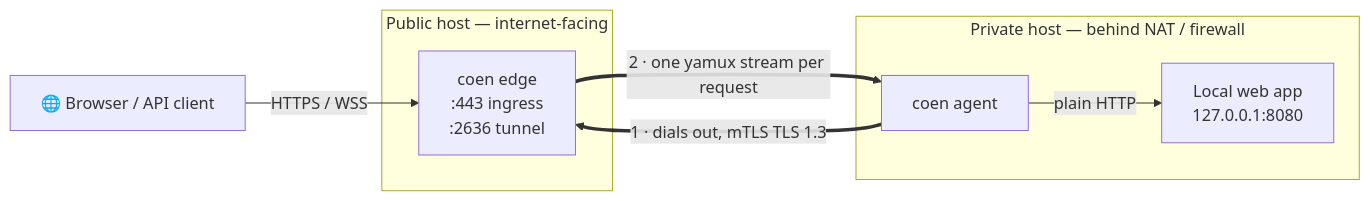
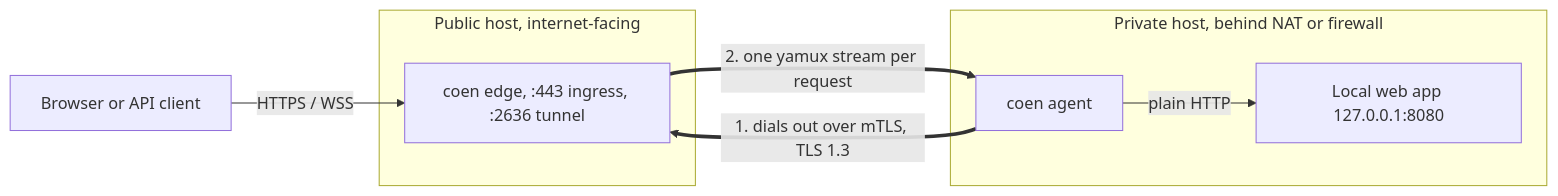
One commit to baspeters/coen changed the first of 4 diagrams in README.md. Above: the diagram before and after it, drawn with Mermaid. The commit also changed other lines of this file, not shown here.

````diff
--- a/README.md
+++ b/README.md
@@ -92,18 +83,18 @@
 ```mermaid
 flowchart LR
-    client["🌐 Browser / API client"]
+    client["Browser or API client"]
 
-    subgraph pub["Public host — internet-facing"]
-        edge["coen edge<br/>:443 ingress<br/>:2636 tunnel"]
+    subgraph pub["Public host, internet-facing"]
+        edge["coen edge, :443 ingress, :2636 tunnel"]
     end
 
-    subgraph priv["Private host — behind NAT / firewall"]
+    subgraph priv["Private host, behind NAT or firewall"]
         agent["coen agent"]
-        app["Local web app<br/>127.0.0.1:8080"]
+        app["Local web app 127.0.0.1:8080"]
     end
 
     client -->|"HTTPS / WSS"| edge
-    agent ==>|"1 · dials out, mTLS TLS 1.3"| edge
-    edge ==>|"2 · one yamux stream per request"| agent
+    agent ==>|"1. dials out over mTLS, TLS 1.3"| edge
+    edge ==>|"2. one yamux stream per request"| agent
     agent -->|"plain HTTP"| app
 ```
````
